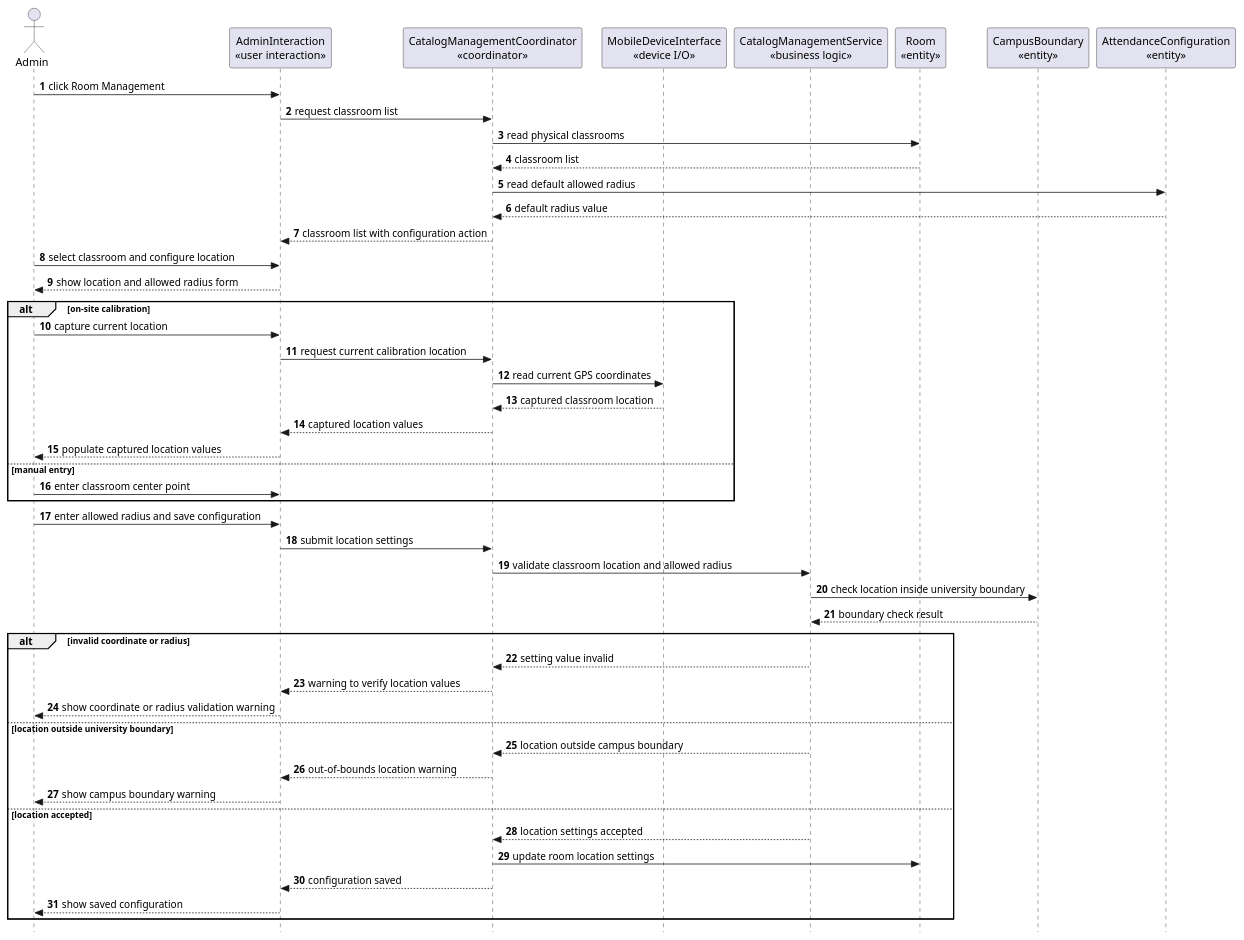
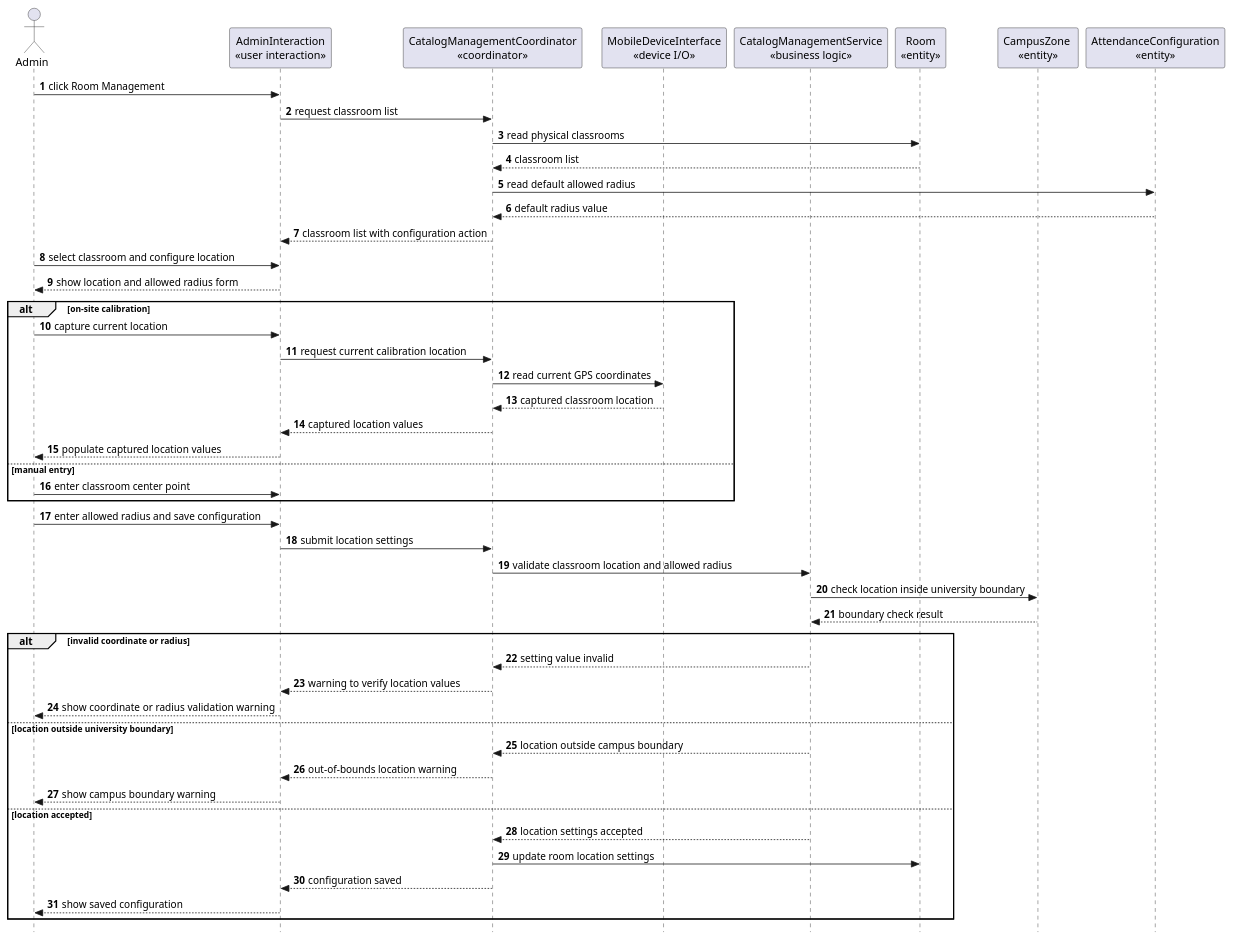
Diagram 25 of 29 in docs/sds/2_Analysis.md (nttung42/SWD392), drawn with PlantUML before and after one commit. The commit also changed other lines of this file and 4 other files, not shown here.

First line of the commit message:
Refactor CampusBoundary to CampusZone across documentation and design files

````diff
--- a/docs/sds/2_Analysis.md
+++ b/docs/sds/2_Analysis.md
@@ -1205,56 +1205,56 @@
 ```plantuml
 @startuml
 skinparam style strictuml
 autonumber
 actor "Admin" as Admin
 participant "AdminInteraction\n«user interaction»" as AdminUI
 participant "CatalogManagementCoordinator\n«coordinator»" as RoomControl
 participant "MobileDeviceInterface\n«device I/O»" as MobileSensor
 participant "CatalogManagementService\n«business logic»" as LocationSettingRules
 participant "Room\n«entity»" as Room
-participant "CampusBoundary\n«entity»" as CampusBoundary
+participant "CampusZone \n«entity»" as CampusZone 
 participant "AttendanceConfiguration\n«entity»" as AttendanceConfig
 
 Admin -> AdminUI : click Room Management
 AdminUI -> RoomControl : request classroom list
 RoomControl -> Room : read physical classrooms
 Room --> RoomControl : classroom list
 RoomControl -> AttendanceConfig : read default allowed radius
 AttendanceConfig --> RoomControl : default radius value
 RoomControl --> AdminUI : classroom list with configuration action
 Admin -> AdminUI : select classroom and configure location
 AdminUI --> Admin : show location and allowed radius form
 
 alt on-site calibration
   Admin -> AdminUI : capture current location
   AdminUI -> RoomControl : request current calibration location
   RoomControl -> MobileSensor : read current GPS coordinates
   MobileSensor --> RoomControl : captured classroom location
   RoomControl --> AdminUI : captured location values
   AdminUI --> Admin : populate captured location values
 else manual entry
   Admin -> AdminUI : enter classroom center point
 end
 
 Admin -> AdminUI : enter allowed radius and save configuration
 AdminUI -> RoomControl : submit location settings
 RoomControl -> LocationSettingRules : validate classroom location and allowed radius
-LocationSettingRules -> CampusBoundary : check location inside university boundary
-CampusBoundary --> LocationSettingRules : boundary check result
+LocationSettingRules -> CampusZone  : check location inside university boundary
+CampusZone  --> LocationSettingRules : boundary check result
 
 alt invalid coordinate or radius
   LocationSettingRules --> RoomControl : setting value invalid
   RoomControl --> AdminUI : warning to verify location values
   AdminUI --> Admin : show coordinate or radius validation warning
 else location outside university boundary
   LocationSettingRules --> RoomControl : location outside campus boundary
   RoomControl --> AdminUI : out-of-bounds location warning
   AdminUI --> Admin : show campus boundary warning
 else location accepted
   LocationSettingRules --> RoomControl : location settings accepted
   RoomControl -> Room : update room location settings
   RoomControl --> AdminUI : configuration saved
   AdminUI --> Admin : show saved configuration
 end
 @enduml
 ```
````
